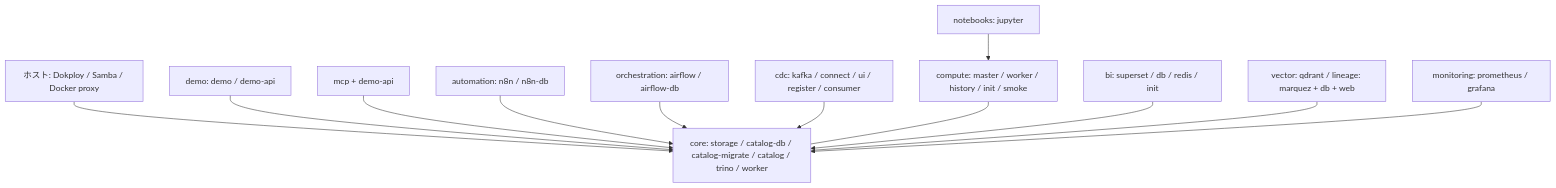
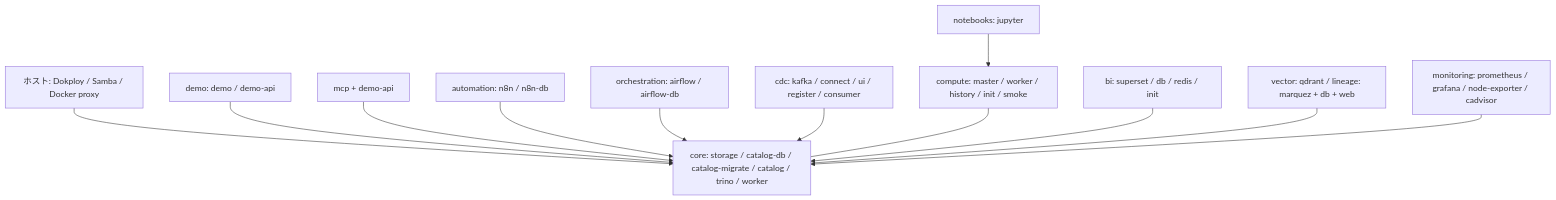
Before and after one commit to hiromura16/lakehouse-foundation: the diagram in docs/reports/mermaid/01-platform-detail.mmd, drawn with Mermaid. The commit also changed 56 other files, not shown here.

```diff
--- a/docs/reports/mermaid/01-platform-detail.mmd
+++ b/docs/reports/mermaid/01-platform-detail.mmd
@@ -1,12 +1,12 @@
 flowchart TB
   Host["ホスト: Dokploy / Samba / Docker proxy"] --> Core["core: storage / catalog-db / catalog-migrate / catalog / trino / worker"]
   GUI["demo: demo / demo-api"] --> Core
   MCP["mcp + demo-api"] --> Core
   N8N["automation: n8n / n8n-db"] --> Core
   AF["orchestration: airflow / airflow-db"] --> Core
   CDC["cdc: kafka / connect / ui / register / consumer"] --> Core
   Compute["compute: master / worker / history / init / smoke"] --- Core
   NB["notebooks: jupyter"] --> Compute
   BI["bi: superset / db / redis / init"] --> Core
   Extra["vector: qdrant / lineage: marquez + db + web"] --- Core
-  Mon["monitoring: prometheus / grafana"] --> Core
+  Mon["monitoring: prometheus / grafana / node-exporter / cadvisor"] --> Core
```
